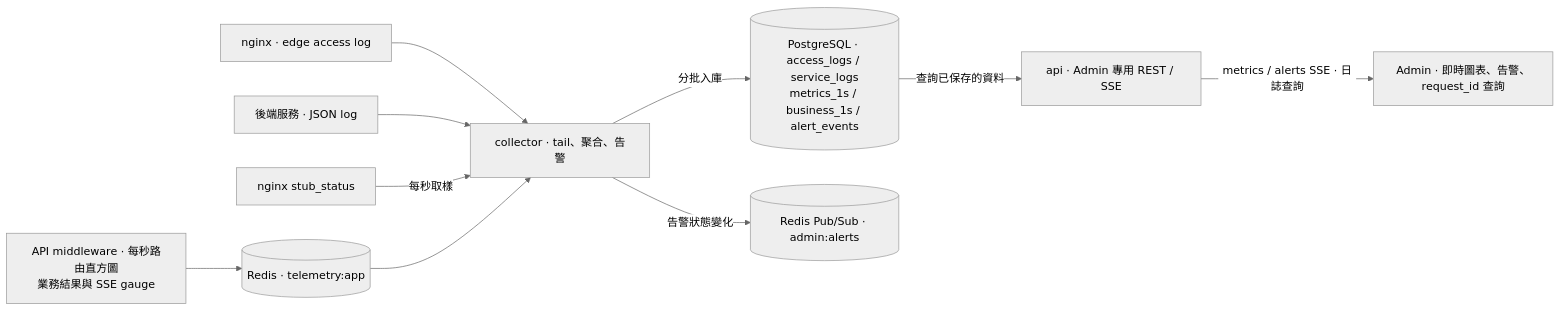
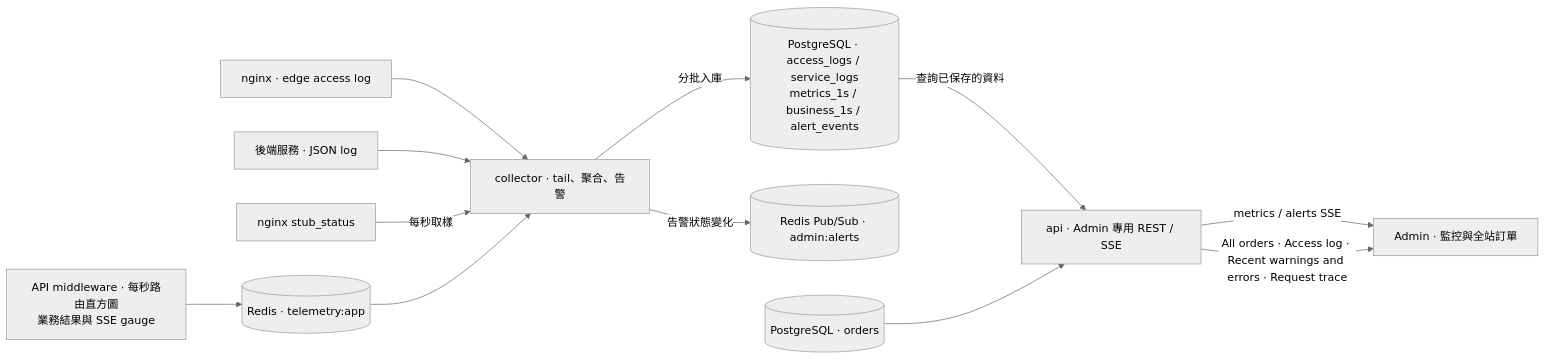
Before and after one commit to kaiser0421/wy-project: the fifth of 5 diagrams in docs/architecture.md, drawn with Mermaid (neutral theme). The commit also changed other lines of this file and 19 other files, not shown here.

First line of the commit message:
docs: accurate load-test verdict, current import timings, citations and architecture in sync

````diff
--- a/docs/architecture.md
+++ b/docs/architecture.md
@@ -141,21 +149,24 @@
 ```mermaid
 flowchart LR
   N["nginx · edge access log"]
   S["後端服務 · JSON log"]
   Conn["nginx stub_status"]
   API["API middleware · 每秒路由直方圖<br/>業務結果與 SSE gauge"]
   T[("Redis · telemetry:app")]
   C["collector · tail、聚合、告警"]
   PG[("PostgreSQL · access_logs / service_logs<br/>metrics_1s / business_1s / alert_events")]
   R[("Redis Pub/Sub · admin:alerts")]
-  Admin["Admin · 即時圖表、告警、request_id 查詢"]
+  Admin["Admin · 監控與全站訂單"]
+  Orders[("PostgreSQL · orders")]
   Read["api · Admin 專用 REST / SSE"]
   N --> C
   S --> C
   Conn -->|"每秒取樣"| C
   API --> T --> C
   C -->|"分批入庫"| PG
   C -->|"告警狀態變化"| R
   PG -->|"查詢已保存的資料"| Read
-  Read -->|"metrics / alerts SSE · 日誌查詢"| Admin
+  Orders --> Read
+  Read -->|"metrics / alerts SSE"| Admin
+  Read -->|"All orders · Access log · Recent warnings and errors · Request trace"| Admin
 ```
````
